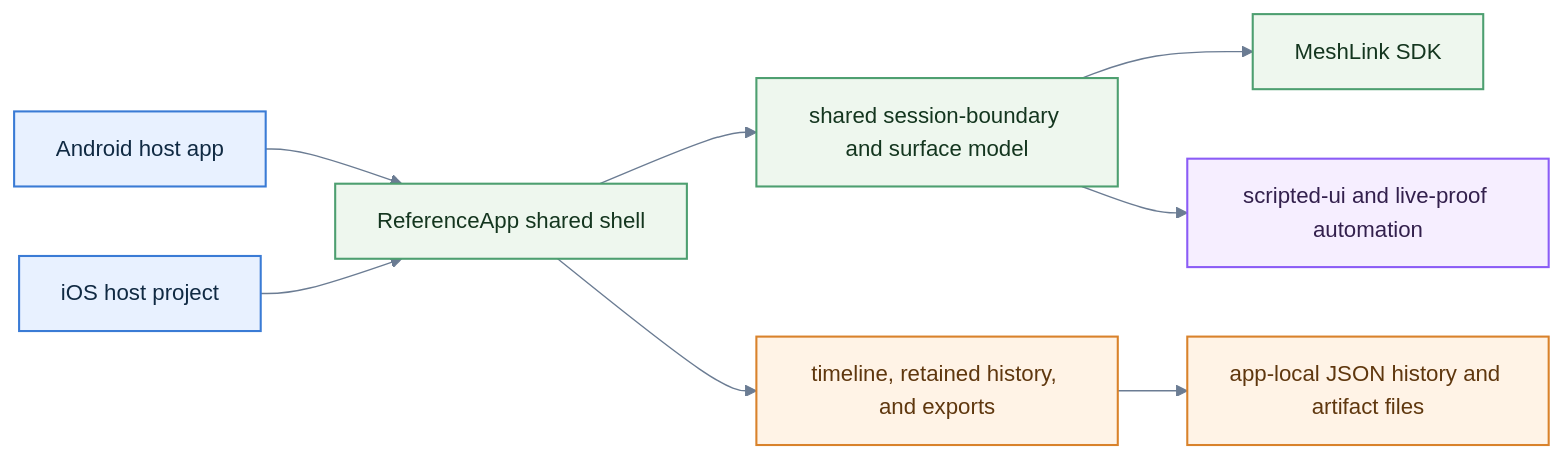
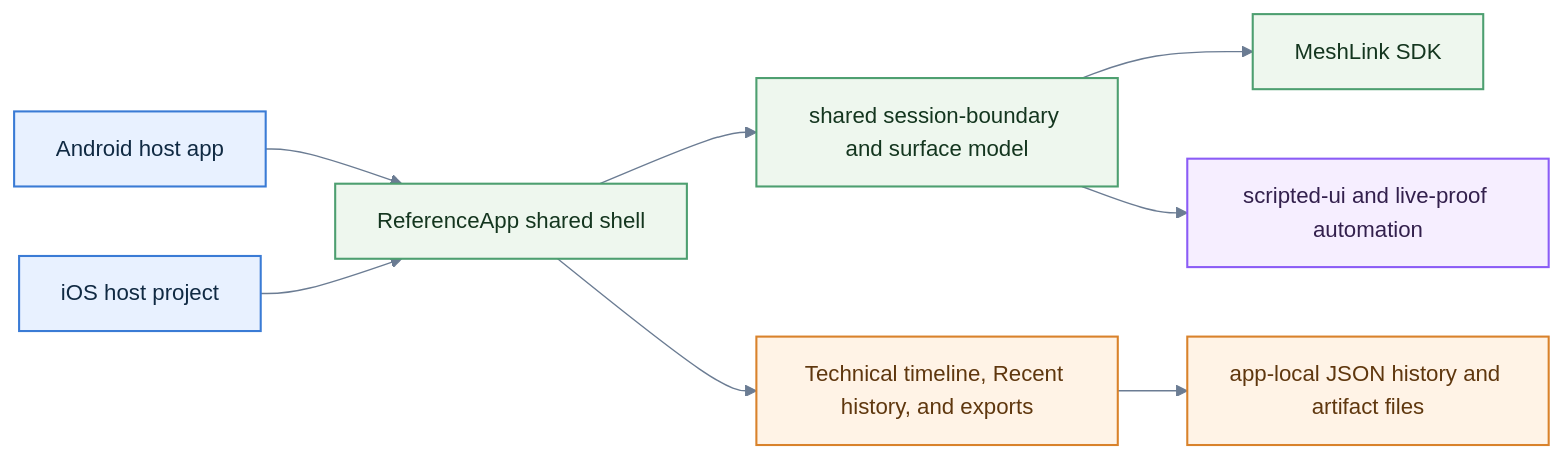
Before and after one commit to trancee/MeshLink: the diagram in meshlink-reference/README.md, drawn with Mermaid. The commit also changed other lines of this file and 19 other files, not shown here.

````diff
--- a/meshlink-reference/README.md
+++ b/meshlink-reference/README.md
@@ -44,20 +44,20 @@
 ```mermaid
 %%{init: {"theme": "base", "themeVariables": {"background": "#ffffff", "primaryColor": "#E8F1FF", "primaryBorderColor": "#3A7BD5", "primaryTextColor": "#102A43", "lineColor": "#6B7C93", "secondaryColor": "#EEF7EE", "tertiaryColor": "#FFF3E6", "clusterBkg": "#F8FAFC", "clusterBorder": "#B8C4D6", "fontFamily": "Inter, ui-sans-serif, system-ui"}}}%%
 flowchart LR
     Android["Android host app"] --> Shell["ReferenceApp shared shell"]
     IOS["iOS host project"] --> Shell
     Shell --> Session["shared session-boundary and surface model"]
-    Shell --> Evidence["timeline, retained history, and exports"]
+    Shell --> Evidence["Technical timeline, Recent history, and exports"]
     Session --> Mesh["MeshLink SDK"]
     Session --> Automation["scripted-ui and live-proof automation"]
     Evidence --> Store["app-local JSON history and artifact files"]
 
     classDef host fill:#E8F1FF,stroke:#3A7BD5,color:#102A43,stroke-width:1.5px;
     classDef shared fill:#EEF7EE,stroke:#4D9F70,color:#14361F,stroke-width:1.5px;
     classDef data fill:#FFF3E6,stroke:#D9822B,color:#5F370E,stroke-width:1.5px;
     classDef auto fill:#F6EEFF,stroke:#8B5CF6,color:#33204D,stroke-width:1.5px;
     class Android,IOS host;
     class Shell,Session,Mesh shared;
     class Evidence,Store data;
     class Automation auto;
 ```
````
